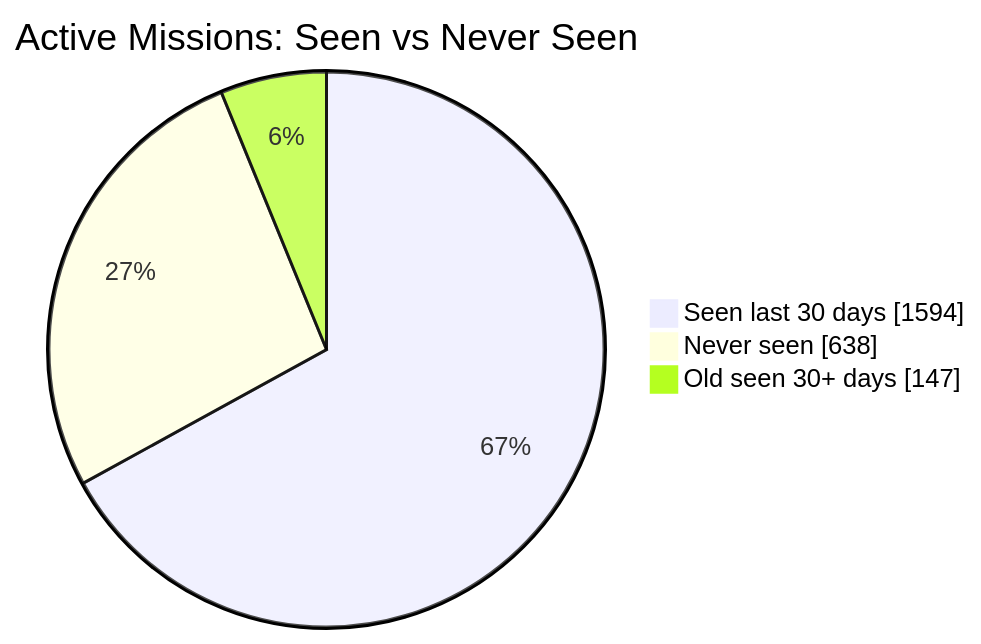
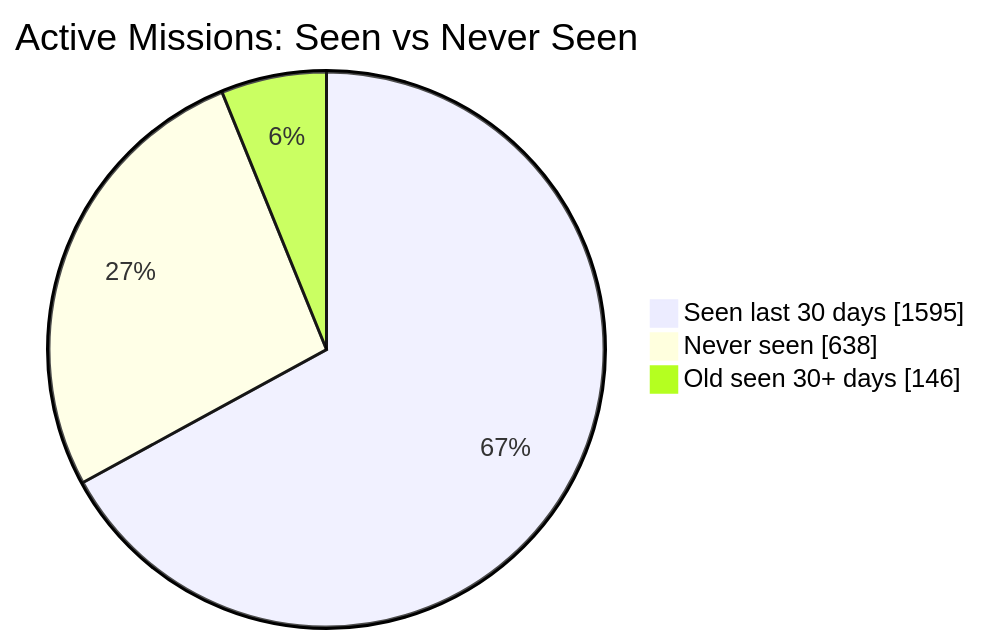
The first of 2 diagrams in README.md (MeldkamerspelGameTeam/active-missions), drawn with Mermaid before and after one commit. The commit also changed other lines of this file and 2 other files, not shown here.

````diff
--- a/README.md
+++ b/README.md
@@ -34,7 +34,7 @@
 ```mermaid
 pie showData
     title Active Missions: Seen vs Never Seen
-    "Seen last 30 days" : 1594
+    "Seen last 30 days" : 1595
     "Never seen" : 638
-    "Old seen 30+ days" : 147
+    "Old seen 30+ days" : 146
 ```
````
